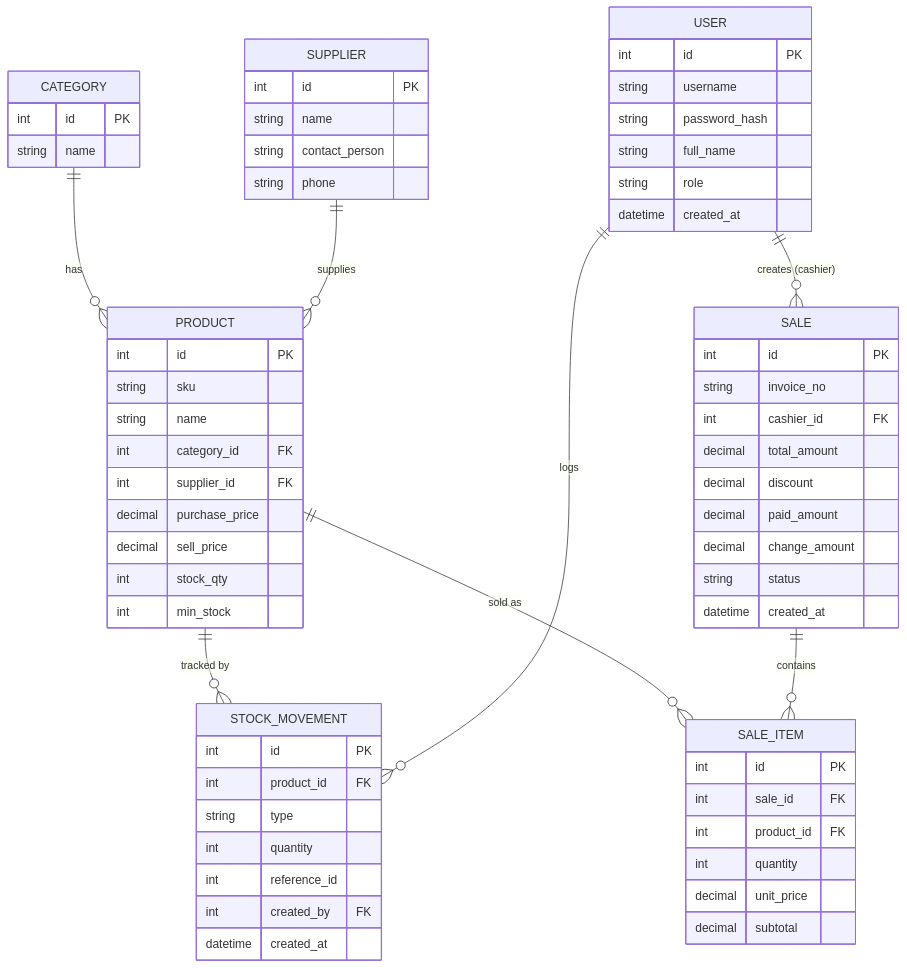
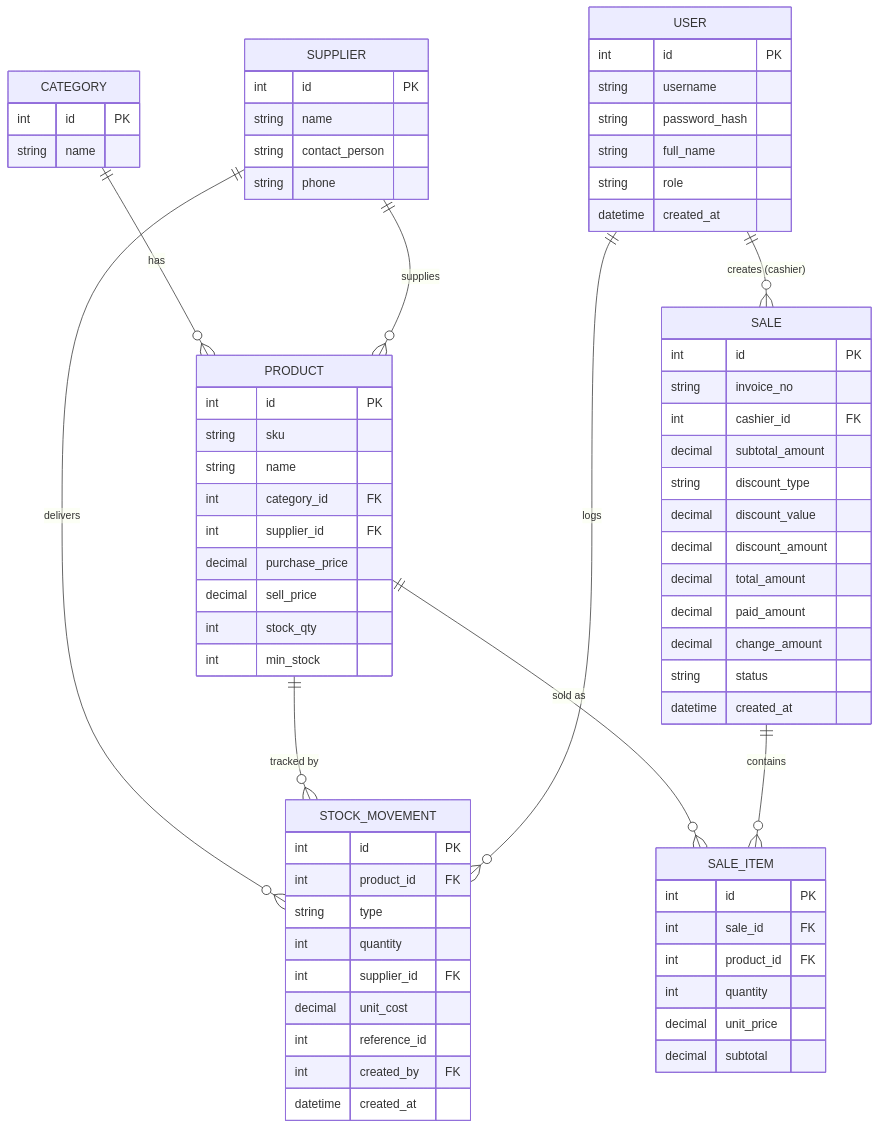
The diagram in examples/02-web-app-with-db/PRD.md (daus95/tempa), drawn with Mermaid before and after one commit. The commit also changed other lines of this file and 1 other file, not shown here.

````diff
--- a/examples/02-web-app-with-db/PRD.md
+++ b/examples/02-web-app-with-db/PRD.md
@@ -85,68 +117,74 @@
 ```mermaid
 erDiagram
     CATEGORY ||--o{ PRODUCT : "has"
     SUPPLIER ||--o{ PRODUCT : "supplies"
+    SUPPLIER ||--o{ STOCK_MOVEMENT : "delivers"
     PRODUCT ||--o{ STOCK_MOVEMENT : "tracked by"
     PRODUCT ||--o{ SALE_ITEM : "sold as"
     USER ||--o{ SALE : "creates (cashier)"
     USER ||--o{ STOCK_MOVEMENT : "logs"
     SALE ||--o{ SALE_ITEM : "contains"
 
     USER {
         int id PK
         string username
         string password_hash
         string full_name
         string role
         datetime created_at
     }
     CATEGORY {
         int id PK
         string name
     }
     SUPPLIER {
         int id PK
         string name
         string contact_person
         string phone
     }
     PRODUCT {
         int id PK
         string sku
         string name
         int category_id FK
         int supplier_id FK
         decimal purchase_price
         decimal sell_price
         int stock_qty
         int min_stock
     }
     STOCK_MOVEMENT {
         int id PK
         int product_id FK
         string type
         int quantity
+        int supplier_id FK
+        decimal unit_cost
         int reference_id
         int created_by FK
         datetime created_at
     }
     SALE {
         int id PK
         string invoice_no
         int cashier_id FK
+        decimal subtotal_amount
+        string discount_type
+        decimal discount_value
+        decimal discount_amount
         decimal total_amount
-        decimal discount
         decimal paid_amount
         decimal change_amount
         string status
         datetime created_at
     }
     SALE_ITEM {
         int id PK
         int sale_id FK
         int product_id FK
         int quantity
         decimal unit_price
         decimal subtotal
     }
 ```
````
